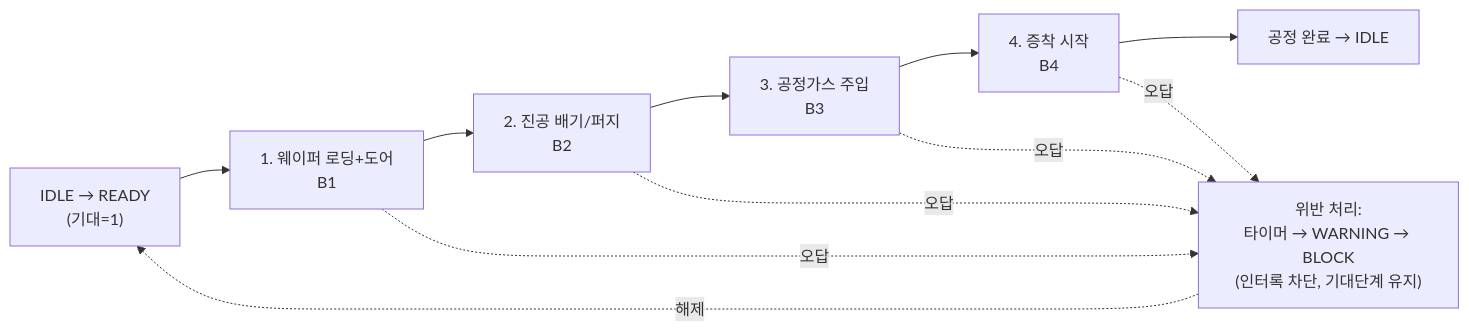
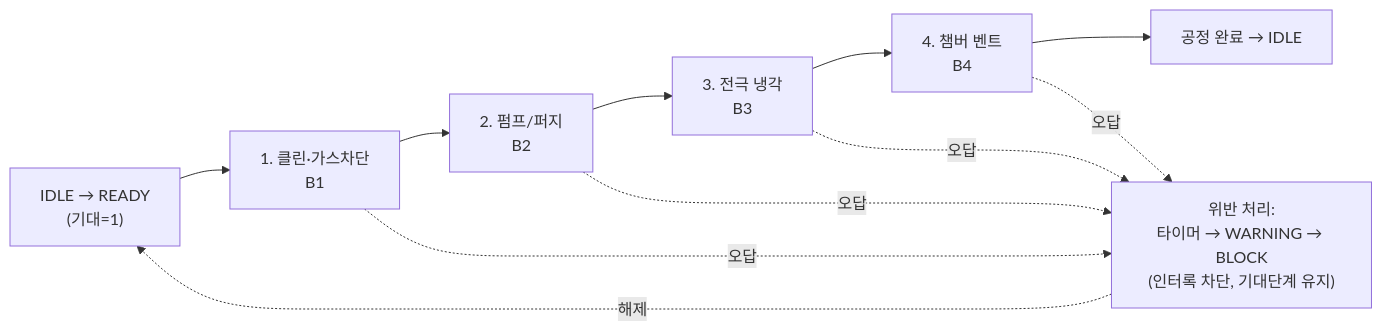
Before and after one commit to kimem9859-arch/sop-project: the second of 6 diagrams in 통합수행설계문서_전체_섹션1-15.md, drawn with Mermaid. The commit also changed other lines of this file, not shown here.

````diff
--- a/통합수행설계문서_전체_섹션1-15.md
+++ b/통합수행설계문서_전체_섹션1-15.md
@@ -255,13 +268,13 @@
 ```mermaid
 flowchart LR
-    S0["IDLE → READY<br/>(기대=1)"] --> S1["1. 웨이퍼 로딩+도어<br/>B1"]
-    S1 --> S2["2. 진공 배기/퍼지<br/>B2"]
-    S2 --> S3["3. 공정가스 주입<br/>B3"]
-    S3 --> S4["4. 증착 시작<br/>B4"]
+    S0["IDLE → READY<br/>(기대=1)"] --> S1["1. 클린·가스차단<br/>B1"]
+    S1 --> S2["2. 펌프/퍼지<br/>B2"]
+    S2 --> S3["3. 전극 냉각<br/>B3"]
+    S3 --> S4["4. 챔버 벤트<br/>B4"]
     S4 --> DONE["공정 완료 → IDLE"]
     S1 -. 오답 .-> V["위반 처리:<br/>타이머 → WARNING → BLOCK<br/>(인터록 차단, 기대단계 유지)"]
     S2 -. 오답 .-> V
     S3 -. 오답 .-> V
     S4 -. 오답 .-> V
     V -. 해제 .-> S0
 ```
````
